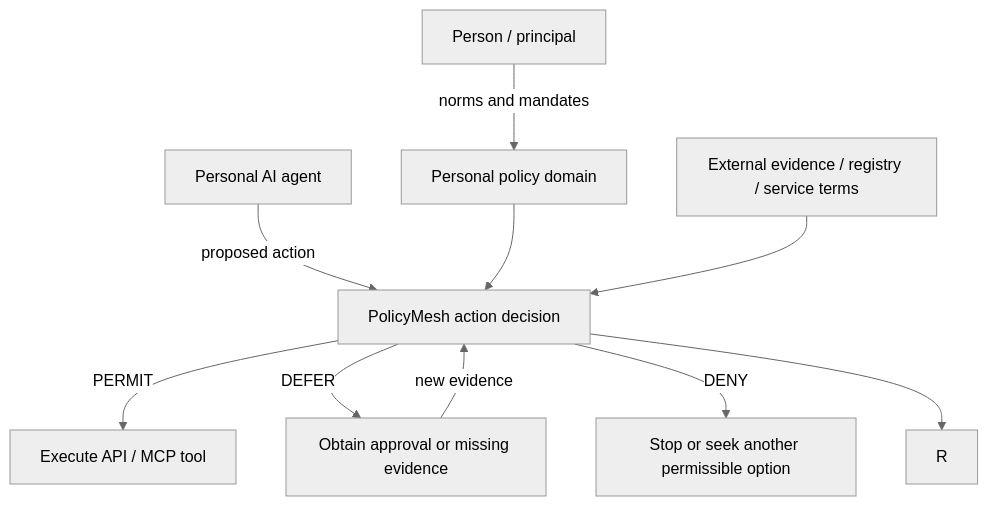
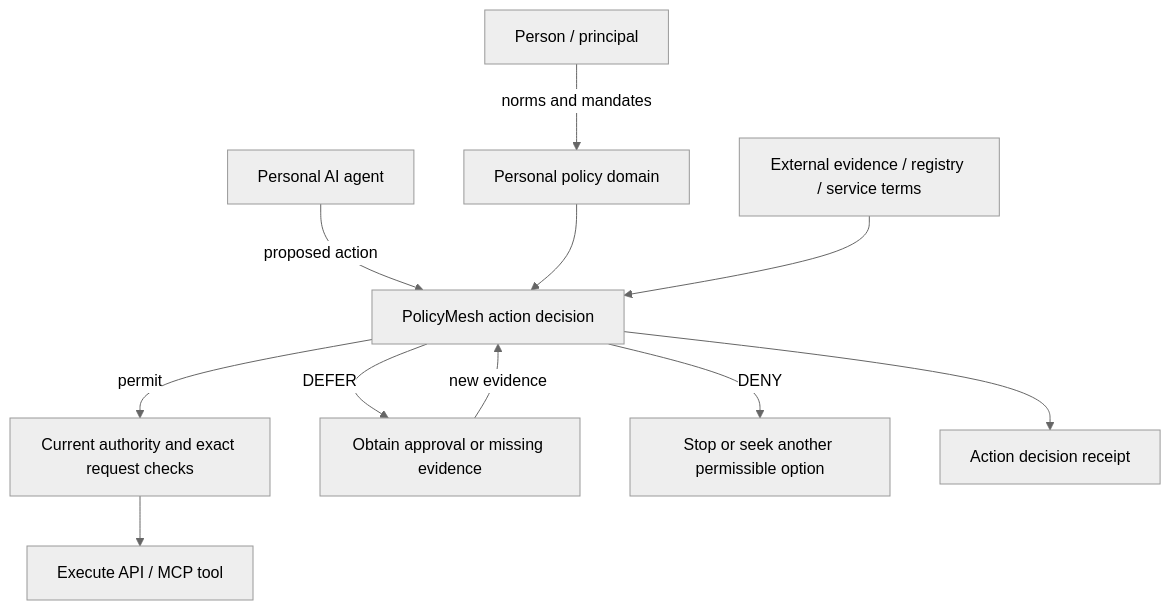
One commit to sankarshanmukhopadhyay/PolicyMesh changed the diagram in docs/concepts/personal-agent-governance.md. Above: the diagram before and after it, drawn with Mermaid (neutral theme). The commit also changed 9 other files, not shown here.

````diff
--- a/docs/concepts/personal-agent-governance.md
+++ b/docs/concepts/personal-agent-governance.md
@@ -9,12 +9,13 @@
 ```mermaid
 flowchart TB
     U[Person / principal] -->|norms and mandates| P[Personal policy domain]
     A[Personal AI agent] -->|proposed action| D[PolicyMesh action decision]
     P --> D
     E[External evidence / registry / service terms] --> D
-    D -->|PERMIT| X[Execute API / MCP tool]
+    D -->|permit| F[Current authority and exact request checks]
+    F --> X[Execute API / MCP tool]
     D -->|DEFER| H[Obtain approval or missing evidence]
     D -->|DENY| S[Stop or seek another permissible option]
     H -->|new evidence| D
-    D --> R
+    D --> R[Action decision receipt]
 ```
````
